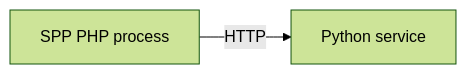
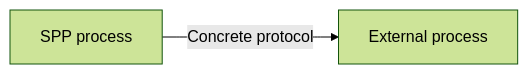
Before and after one commit to shuklasp/spp: the third of 9 diagrams in documentation/handbook/21-enterprise-architecture-and-deployment.md, drawn with Mermaid (forest theme). The commit also changed other lines of this file, not shown here.

Commit message:
docs: reconcile enterprise architecture boundaries

````diff
--- a/documentation/handbook/21-enterprise-architecture-and-deployment.md
+++ b/documentation/handbook/21-enterprise-architecture-and-deployment.md
@@ -114,4 +70,4 @@
 ```mermaid
 flowchart LR
-    A[SPP PHP process] -->|HTTP| B[Python service]
+    A[SPP process] -->|Concrete protocol| B[External process]
 ```
````
